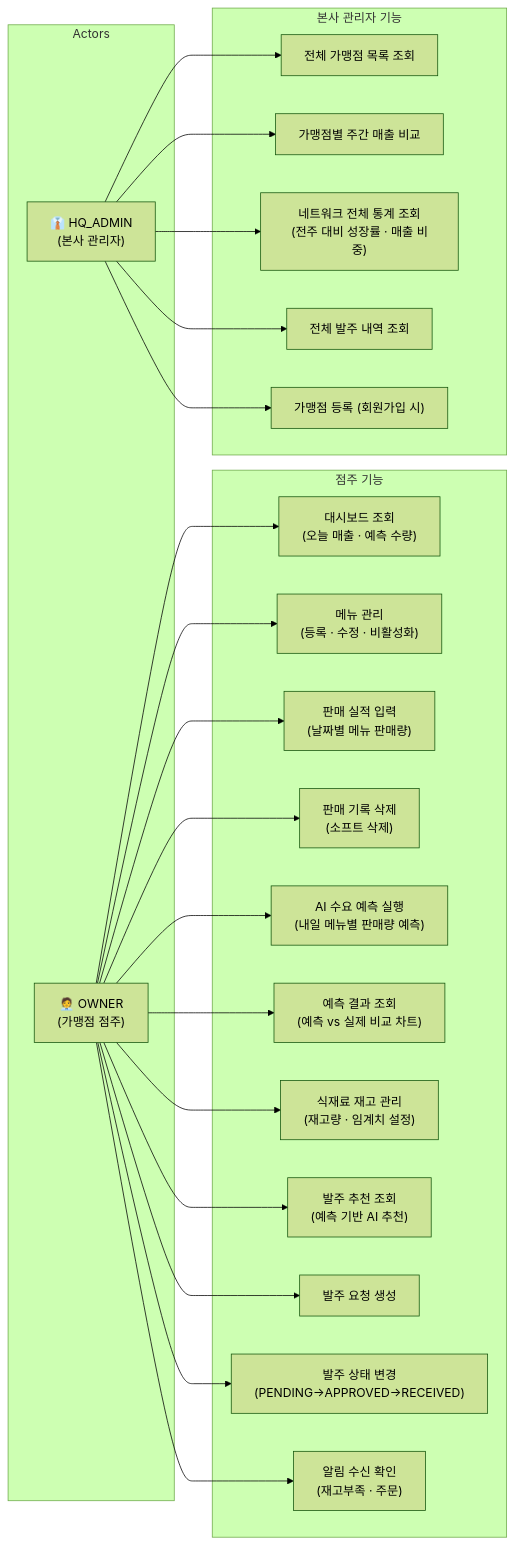
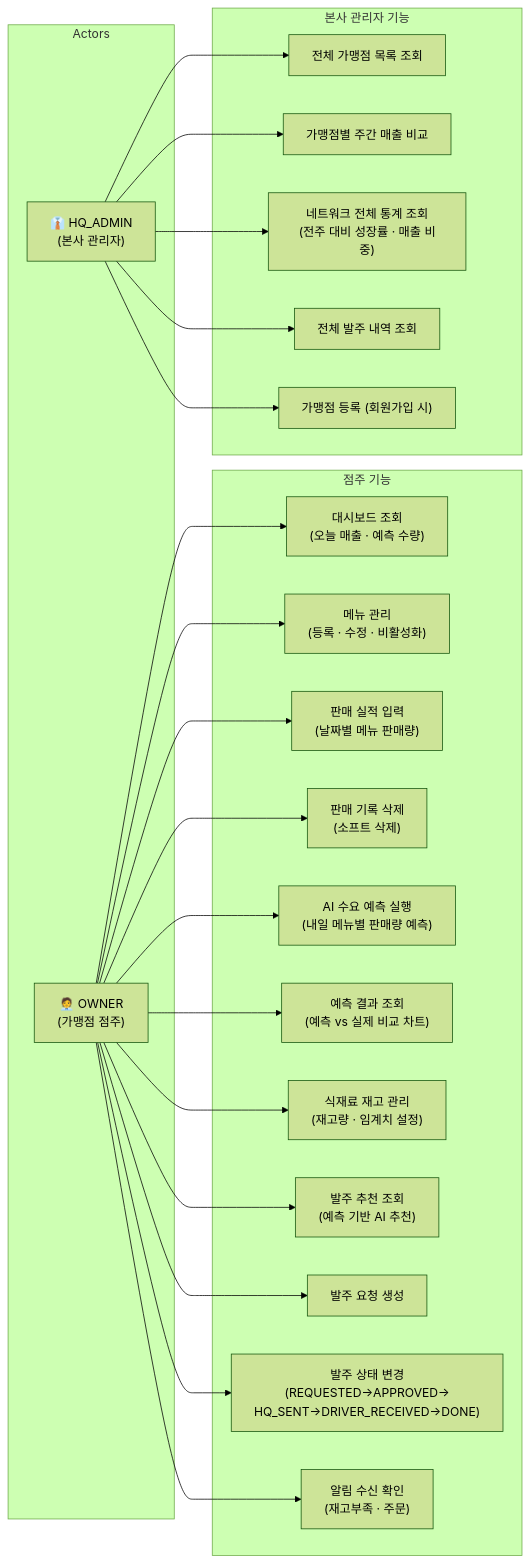
One commit to Food-G/FoodGuard changed the diagram in uml/usecase.md. Above: the diagram before and after it, drawn with Mermaid (forest theme). The commit also changed 3 other files, not shown here.

Commit message:
docs(uml): 아키텍처·ERD·시퀀스·유스케이스 갱신

````diff
--- a/uml/usecase.md
+++ b/uml/usecase.md
@@ -3,47 +3,47 @@
 ```mermaid
 graph LR
     subgraph Actors
         OWNER["🧑‍💼 OWNER<br/>(가맹점 점주)"]
         ADMIN["👔 HQ_ADMIN<br/>(본사 관리자)"]
     end
 
     subgraph UC_OWNER["점주 기능"]
         UC1["대시보드 조회<br/>(오늘 매출 · 예측 수량)"]
         UC2["메뉴 관리<br/>(등록 · 수정 · 비활성화)"]
         UC3["판매 실적 입력<br/>(날짜별 메뉴 판매량)"]
         UC4["판매 기록 삭제<br/>(소프트 삭제)"]
         UC5["AI 수요 예측 실행<br/>(내일 메뉴별 판매량 예측)"]
         UC6["예측 결과 조회<br/>(예측 vs 실제 비교 차트)"]
         UC7["식재료 재고 관리<br/>(재고량 · 임계치 설정)"]
         UC8["발주 추천 조회<br/>(예측 기반 AI 추천)"]
         UC9["발주 요청 생성"]
-        UC10["발주 상태 변경<br/>(PENDING→APPROVED→RECEIVED)"]
+        UC10["발주 상태 변경<br/>(REQUESTED→APPROVED→<br/>HQ_SENT→DRIVER_RECEIVED→DONE)"]
         UC11["알림 수신 확인<br/>(재고부족 · 주문)"]
     end
 
     subgraph UC_ADMIN["본사 관리자 기능"]
         UC12["전체 가맹점 목록 조회"]
         UC13["가맹점별 주간 매출 비교"]
         UC14["네트워크 전체 통계 조회<br/>(전주 대비 성장률 · 매출 비중)"]
         UC15["전체 발주 내역 조회"]
         UC16["가맹점 등록 (회원가입 시)"]
     end
 
     OWNER --> UC1
     OWNER --> UC2
     OWNER --> UC3
     OWNER --> UC4
     OWNER --> UC5
     OWNER --> UC6
     OWNER --> UC7
     OWNER --> UC8
     OWNER --> UC9
     OWNER --> UC10
     OWNER --> UC11
 
     ADMIN --> UC12
     ADMIN --> UC13
     ADMIN --> UC14
     ADMIN --> UC15
     ADMIN --> UC16
 ```
````
